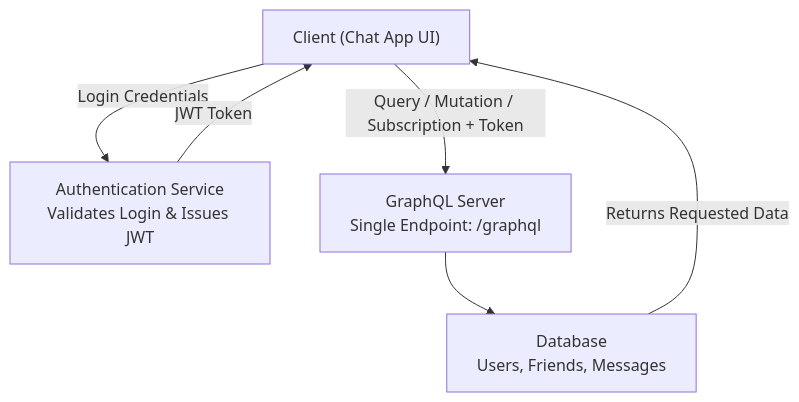
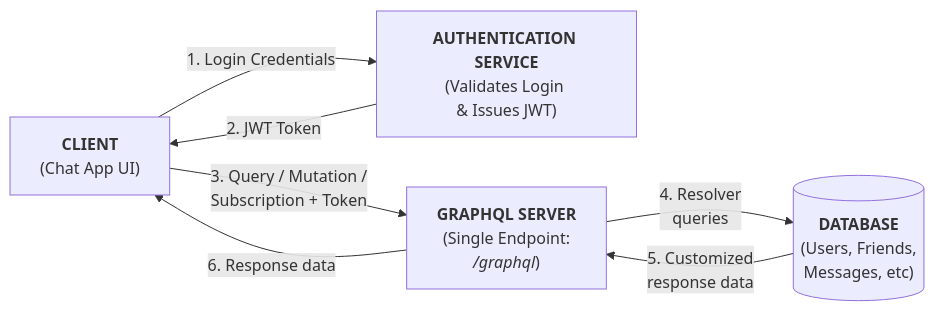
Before and after one commit to kaga0008/CST8916_Assignment_1: the second of 2 diagrams in README.md, drawn with Mermaid. The commit also changed other lines of this file, not shown here.

Commit message:
Edits, elaboration on Section 1, flowchart cleanup

````diff
--- a/README.md
+++ b/README.md
@@ -62,15 +35,15 @@
 ```mermaid
-flowchart TB
-  C["Client (Chat App UI)"]
-  A["Authentication Service<br/>Validates Login & Issues JWT"]
-  G["GraphQL Server<br/>Single Endpoint: /graphql"]
-  D["Database<br/>Users, Friends, Messages"]
+flowchart LR
+  C["<b>CLIENT</b></br>(Chat App UI)"]
+  A["<b>AUTHENTICATION SERVICE</b><br/>(Validates Login </br>& Issues JWT)"]
+  G["<b>GRAPHQL SERVER</b><br/>(Single Endpoint: <br/><em>/graphql</em>)"]
+  D[("<b>DATABASE</b><br/>(Users, Friends, </br>Messages, etc)")]
 
   %% Flow
-  C -->|Login Credentials| A
-  A -->|JWT Token| C
-  C -->|Query / Mutation / Subscription + Token| G
-  G --> D
-  D -->|Returns Requested Data| C
-
+  C -->|1. Login Credentials| A
+  A -->|2. JWT Token| C
+  C -->|3. Query / Mutation /</br> Subscription + Token| G
+  G -->|4. Resolver </br>queries|D
+  D -->|5. Customized </br>response data| G
+  G -->|6. Response data| C
 ```
````
